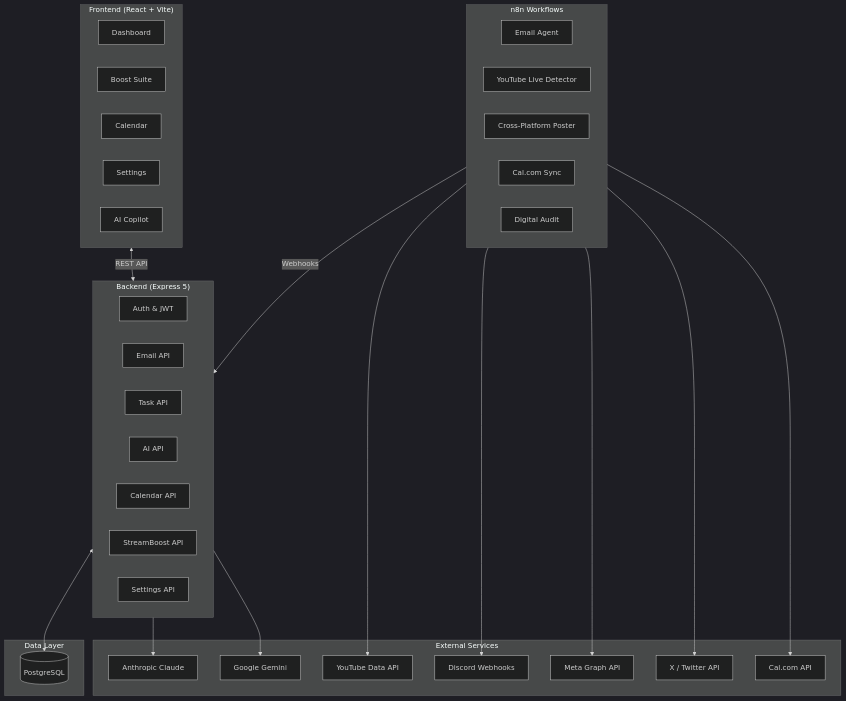
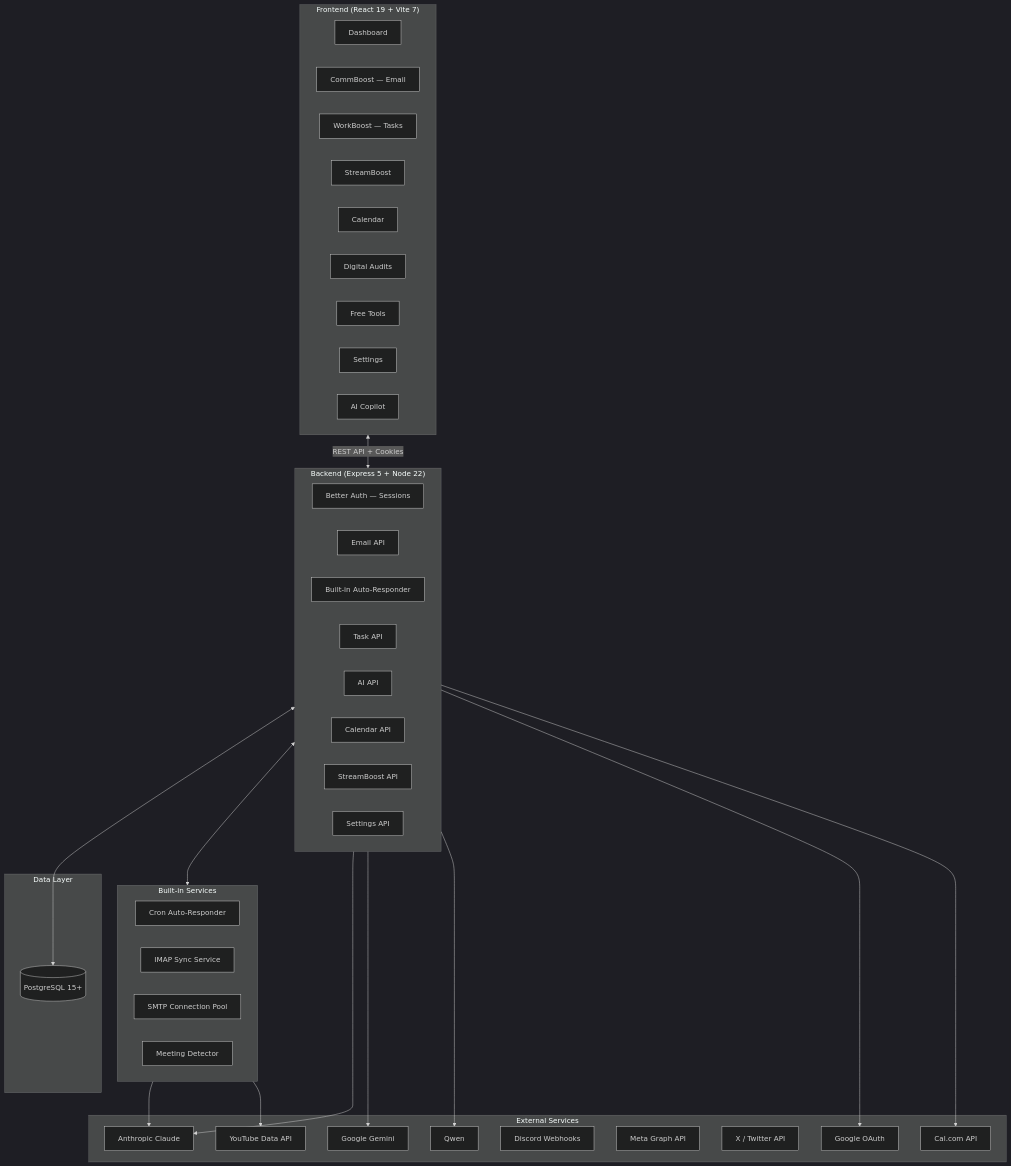
The first of 4 diagrams in docs/using/core-concepts/architecture.md (InstinctBits/convergioai-docs), drawn with Mermaid (dark theme) before and after one commit. The commit also changed other lines of this file and 25 other files, not shown here.

````diff
--- a/docs/using/core-concepts/architecture.md
+++ b/docs/using/core-concepts/architecture.md
@@ -12,53 +12,59 @@
 ```mermaid
 graph TB
-    subgraph Frontend ["Frontend (React + Vite)"]
+    subgraph Frontend ["Frontend (React 19 + Vite 7)"]
         Dashboard[Dashboard]
-        Boost[Boost Suite]
+        CommBoost[CommBoost — Email]
+        WorkBoost[WorkBoost — Tasks]
+        StreamBoost[StreamBoost]
         Calendar[Calendar]
+        Audit[Digital Audits]
+        FreeTools[Free Tools]
         Settings[Settings]
         AICopilot[AI Copilot]
     end
 
-    subgraph Backend ["Backend (Express 5)"]
-        Auth[Auth & JWT]
+    subgraph Backend ["Backend (Express 5 + Node 22)"]
+        BetterAuth[Better Auth — Sessions]
         EmailAPI[Email API]
+        AutoResponder[Built-in Auto-Responder]
         TaskAPI[Task API]
         AIAPI[AI API]
         CalAPI[Calendar API]
         StreamAPI[StreamBoost API]
         SettingsAPI[Settings API]
     end
 
-    subgraph Automation ["n8n Workflows"]
-        EmailAgent[Email Agent]
-        LiveDetector[YouTube Live Detector]
-        CrossPost[Cross-Platform Poster]
-        CalSync[Cal.com Sync]
-        AuditWF[Digital Audit]
+    subgraph Services ["Built-in Services"]
+        CronResponder[Cron Auto-Responder]
+        IMAPSync[IMAP Sync Service]
+        SMTPPool[SMTP Connection Pool]
+        MeetingDetector[Meeting Detector]
     end
 
     subgraph External ["External Services"]
         Claude[Anthropic Claude]
         Gemini[Google Gemini]
+        Qwen[Qwen]
         YouTube[YouTube Data API]
         Discord[Discord Webhooks]
         Meta[Meta Graph API]
         XAPI[X / Twitter API]
         CalCom[Cal.com API]
+        Google[Google OAuth]
     end
 
     subgraph Data ["Data Layer"]
-        PG[(PostgreSQL)]
+        PG[(PostgreSQL 15+)]
     end
 
-    Frontend <-->|REST API| Backend
+    Frontend <-->|REST API + Cookies| Backend
     Backend <--> PG
-    Automation -->|Webhooks| Backend
+    Backend <--> Services
+    Services --> Claude
     Backend --> Claude
     Backend --> Gemini
-    Automation --> YouTube
-    Automation --> Discord
-    Automation --> Meta
-    Automation --> XAPI
-    Automation --> CalCom
+    Backend --> Qwen
+    Services --> YouTube
+    Backend --> Google
+    Backend --> CalCom
 ```
````
